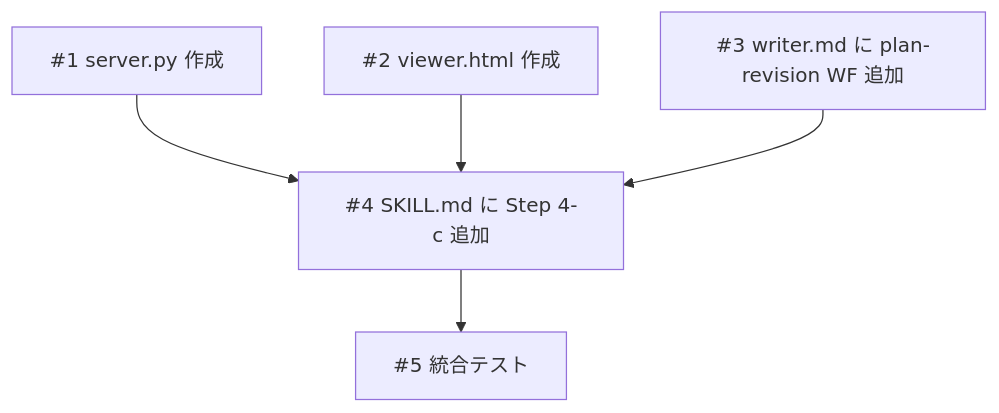
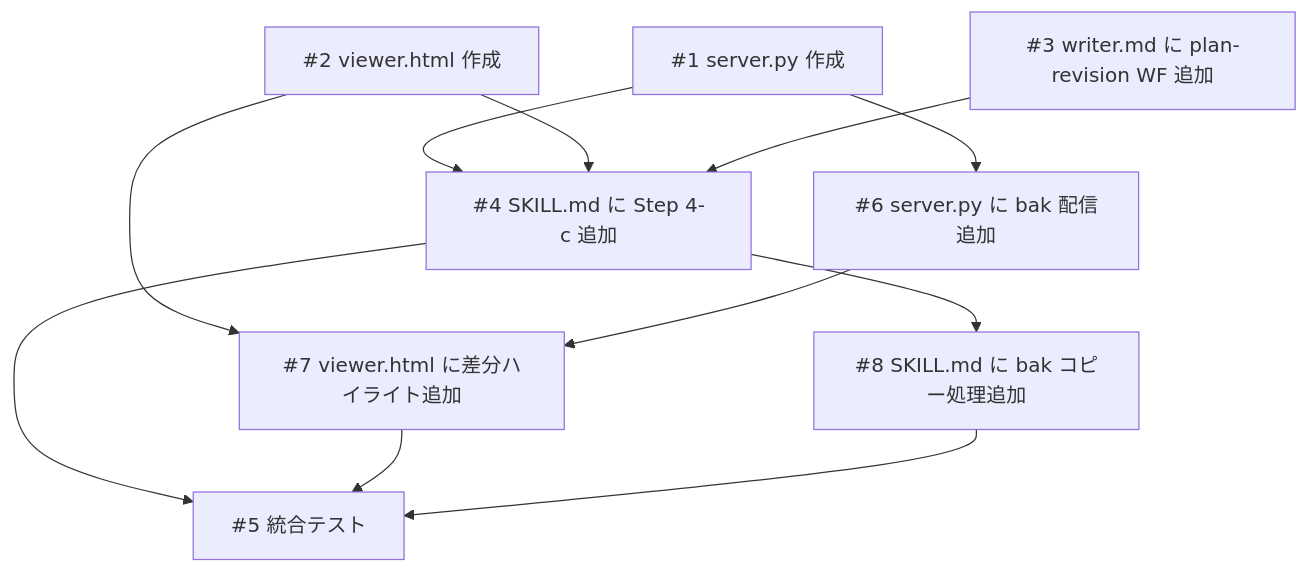
The diagram in docs/plans/annotation-cycle/plan.md (884js/spec-driven-dev), drawn with Mermaid before and after one commit. The commit also changed other lines of this file and 6 other files, not shown here.

````diff
--- a/docs/plans/annotation-cycle/plan.md
+++ b/docs/plans/annotation-cycle/plan.md
@@ -121,7 +135,13 @@
 ```mermaid
 graph TD
     T1["#1 server.py 作成"] --> T4["#4 SKILL.md に Step 4-c 追加"]
     T2["#2 viewer.html 作成"] --> T4
     T3["#3 writer.md に plan-revision WF 追加"] --> T4
+    T1 --> T6["#6 server.py に bak 配信追加"]
+    T2 --> T7["#7 viewer.html に差分ハイライト追加"]
+    T6 --> T7
+    T4 --> T8["#8 SKILL.md に bak コピー処理追加"]
     T4 --> T5["#5 統合テスト"]
+    T7 --> T5
+    T8 --> T5
 ```
````
